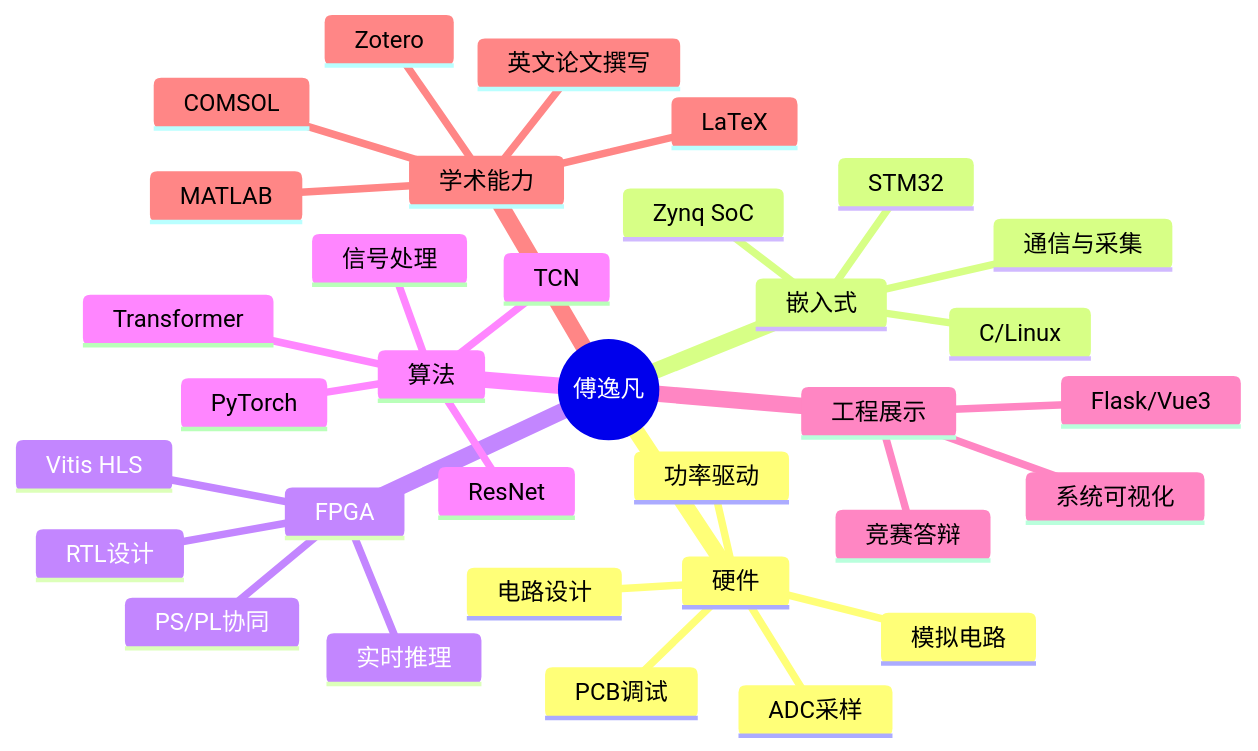
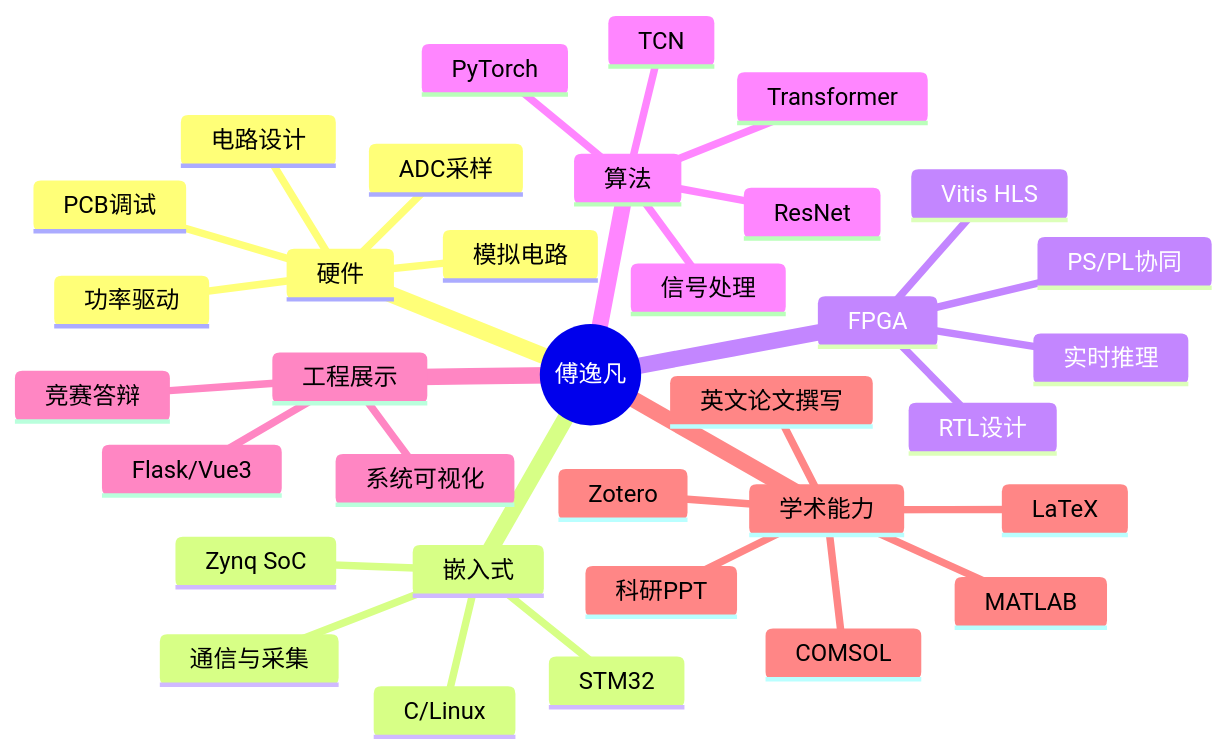
Before and after one commit to fu1fan/obsidian-vault: the first of 3 diagrams in PERSONAL/面试自我介绍.md, drawn with Mermaid. The commit also changed other lines of this file and 20 other files, not shown here.

````diff
--- a/PERSONAL/面试自我介绍.md
+++ b/PERSONAL/面试自我介绍.md
@@ -50,36 +49,37 @@
 ```mermaid
 mindmap
   root((傅逸凡))
     硬件
       电路设计
       模拟电路
       ADC采样
       功率驱动
       PCB调试
     嵌入式
       STM32
       Zynq SoC
       C/Linux
       通信与采集
     FPGA
       Vitis HLS
       RTL设计
       PS/PL协同
       实时推理
     算法
       PyTorch
       TCN
       ResNet
       Transformer
       信号处理
     工程展示
       Flask/Vue3
       系统可视化
       竞赛答辩
     学术能力
       MATLAB
       COMSOL
       LaTeX
       英文论文撰写
+      科研PPT
       Zotero
 ```
````
